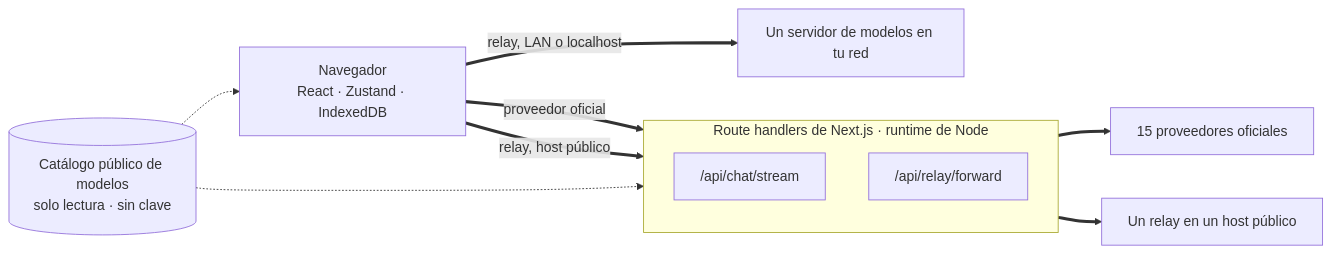
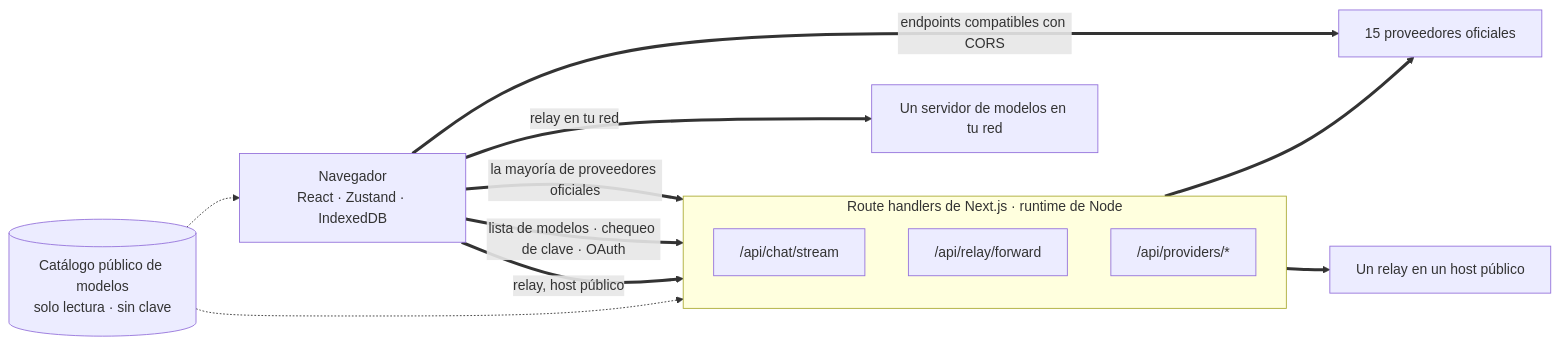
Before and after one commit to oriveo/oriveo: the first of 2 diagrams in readme_i18n/es/web.md, drawn with Mermaid. The commit also changed other lines of this file and 19 other files, not shown here.

````diff
--- a/readme_i18n/es/web.md
+++ b/readme_i18n/es/web.md
@@ -63,21 +63,24 @@
 ```mermaid
 flowchart LR
     browser["Navegador<br/>React · Zustand · IndexedDB"]
 
     subgraph server ["Route handlers de Next.js · runtime de Node"]
         direction TB
         chat["/api/chat/stream"]
         fwd["/api/relay/forward"]
+        prov["/api/providers/*"]
     end
 
     official["15 proveedores oficiales"]
     pubrelay["Un relay en un host público"]
     lan["Un servidor de modelos en tu red"]
     catalog[("Catálogo público de modelos<br/>solo lectura · sin clave")]
 
-    browser ==>|"proveedor oficial"| chat ==> official
+    browser ==>|"la mayoría de proveedores oficiales"| chat ==> official
+    browser ==>|"lista de modelos · chequeo de clave · OAuth"| prov
     browser ==>|"relay, host público"| fwd ==> pubrelay
-    browser ==>|"relay, LAN o localhost"| lan
+    browser ==>|"relay en tu red"| lan
+    browser ==>|"endpoints compatibles con CORS"| official
     catalog -.-> browser
     catalog -.-> chat
 ```
````
